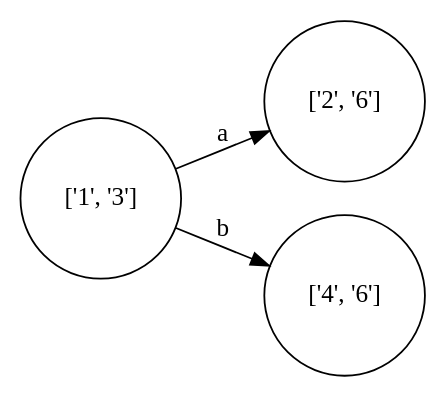
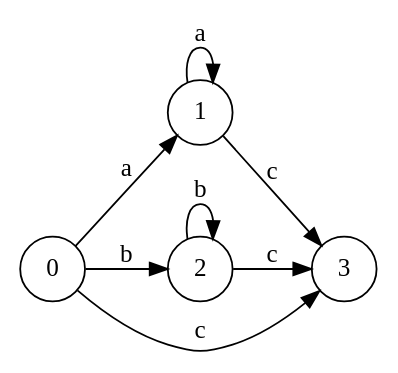
Before and after one commit to gusta257/Compis1: the diagram in fsam.gv, drawn with Graphviz. The commit also changed 2 other files, not shown here.

```diff
--- a/fsam.gv
+++ b/fsam.gv
@@ -1,7 +1,17 @@
 digraph finite_state_machine {
 	rankdir=LR size="8,5"
 	node [shape=circle]
-	"['1', '3']" -> "['2', '6']" [label=a]
+	0 -> 1 [label=a]
 	node [shape=circle]
-	"['1', '3']" -> "['4', '6']" [label=b]
+	0 -> 2 [label=b]
+	node [shape=circle]
+	0 -> 3 [label=c]
+	node [shape=circle]
+	1 -> 1 [label=a]
+	node [shape=circle]
+	1 -> 3 [label=c]
+	node [shape=circle]
+	2 -> 2 [label=b]
+	node [shape=circle]
+	2 -> 3 [label=c]
 }
```
